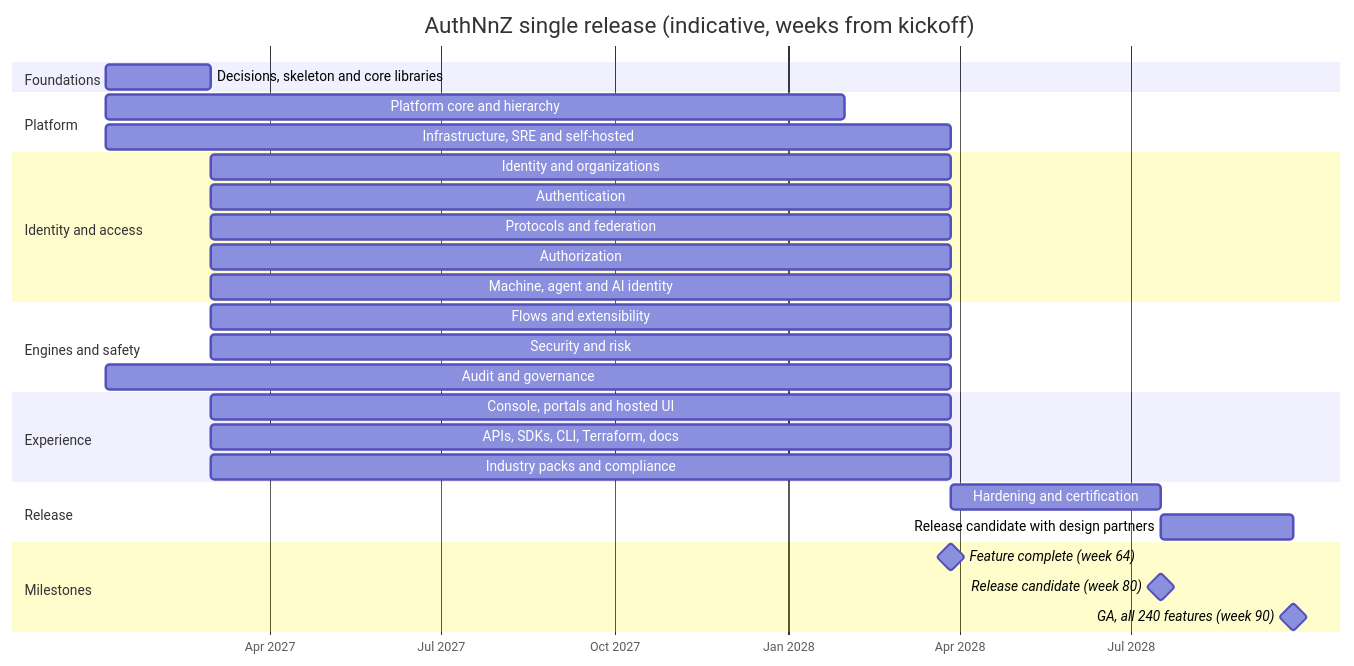
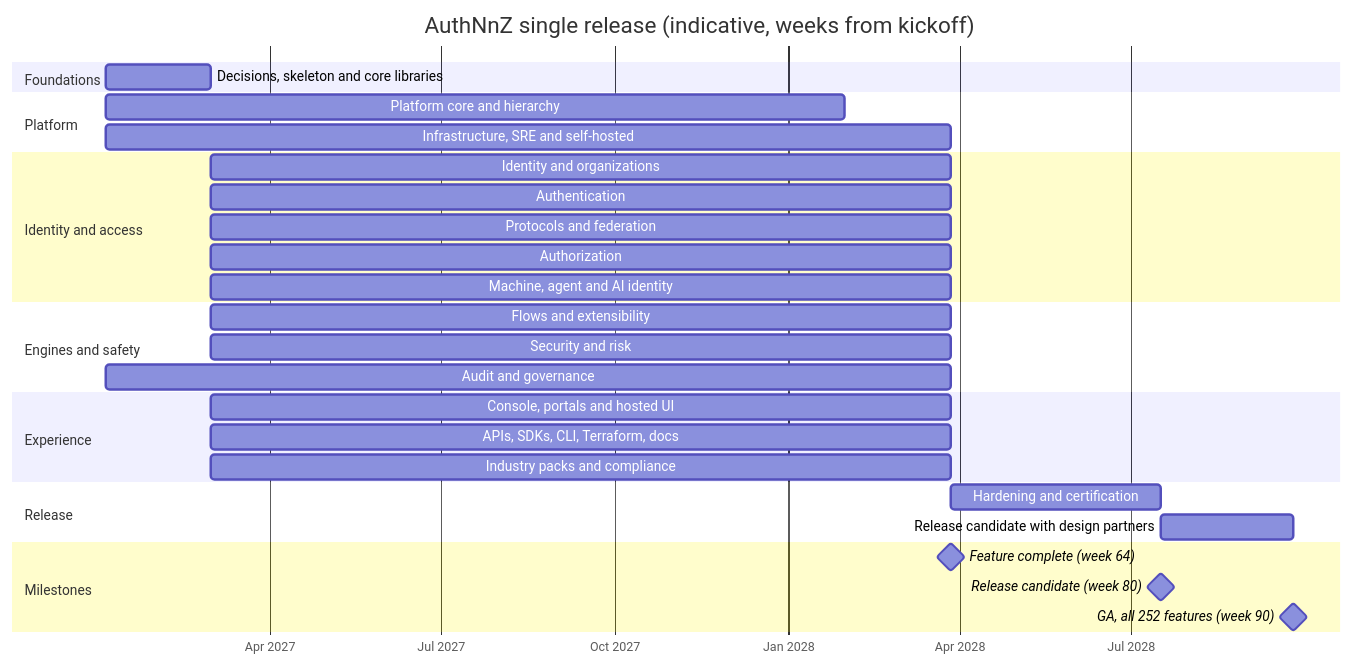
The diagram in docs/plan/05-roadmap-and-delivery.md (antonyrejith/AuthNnZ), drawn with Mermaid before and after one commit. The commit also changed other lines of this file and 10 other files, not shown here.

````diff
--- a/docs/plan/05-roadmap-and-delivery.md
+++ b/docs/plan/05-roadmap-and-delivery.md
@@ -37,32 +37,32 @@
 ```mermaid
 gantt
     title AuthNnZ single release (indicative, weeks from kickoff)
     dateFormat YYYY-MM-DD
     axisFormat %b %Y
     section Foundations
     Decisions, skeleton and core libraries :f, 2027-01-04, 8w
     section Platform
     Platform core and hierarchy          :2027-01-04, 56w
     Infrastructure, SRE and self-hosted  :2027-01-04, 64w
     section Identity and access
     Identity and organizations           :2027-03-01, 56w
     Authentication                       :2027-03-01, 56w
     Protocols and federation             :2027-03-01, 56w
     Authorization                        :2027-03-01, 56w
     Machine, agent and AI identity       :2027-03-01, 56w
     section Engines and safety
     Flows and extensibility              :2027-03-01, 56w
     Security and risk                    :2027-03-01, 56w
     Audit and governance                 :2027-01-04, 64w
     section Experience
     Console, portals and hosted UI       :2027-03-01, 56w
     APIs, SDKs, CLI, Terraform, docs     :2027-03-01, 56w
     Industry packs and compliance        :2027-03-01, 56w
     section Release
     Hardening and certification          :h, 2028-03-27, 16w
     Release candidate with design partners :rc, 2028-07-17, 10w
     section Milestones
     Feature complete (week 64)           :milestone, 2028-03-27, 0d
     Release candidate (week 80)          :milestone, 2028-07-17, 0d
-    GA, all 240 features (week 90)       :milestone, 2028-09-25, 0d
+    GA, all 252 features (week 90)       :milestone, 2028-09-25, 0d
 ```
````
